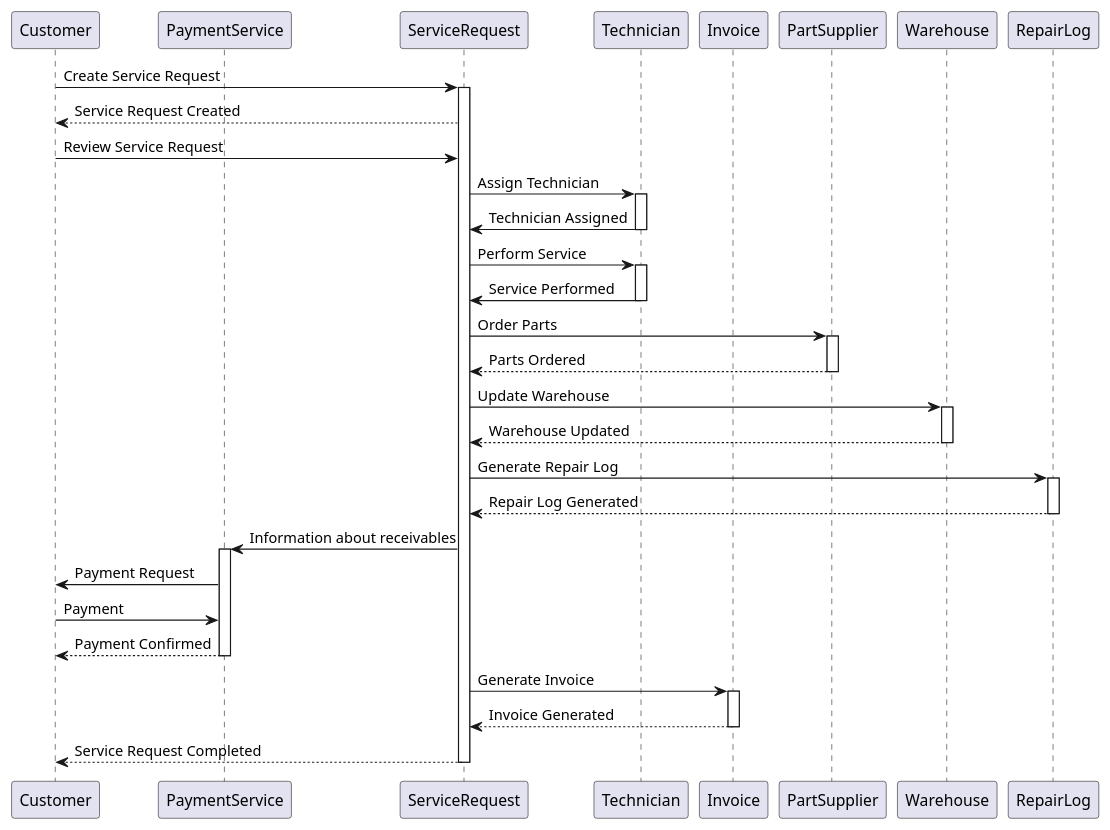
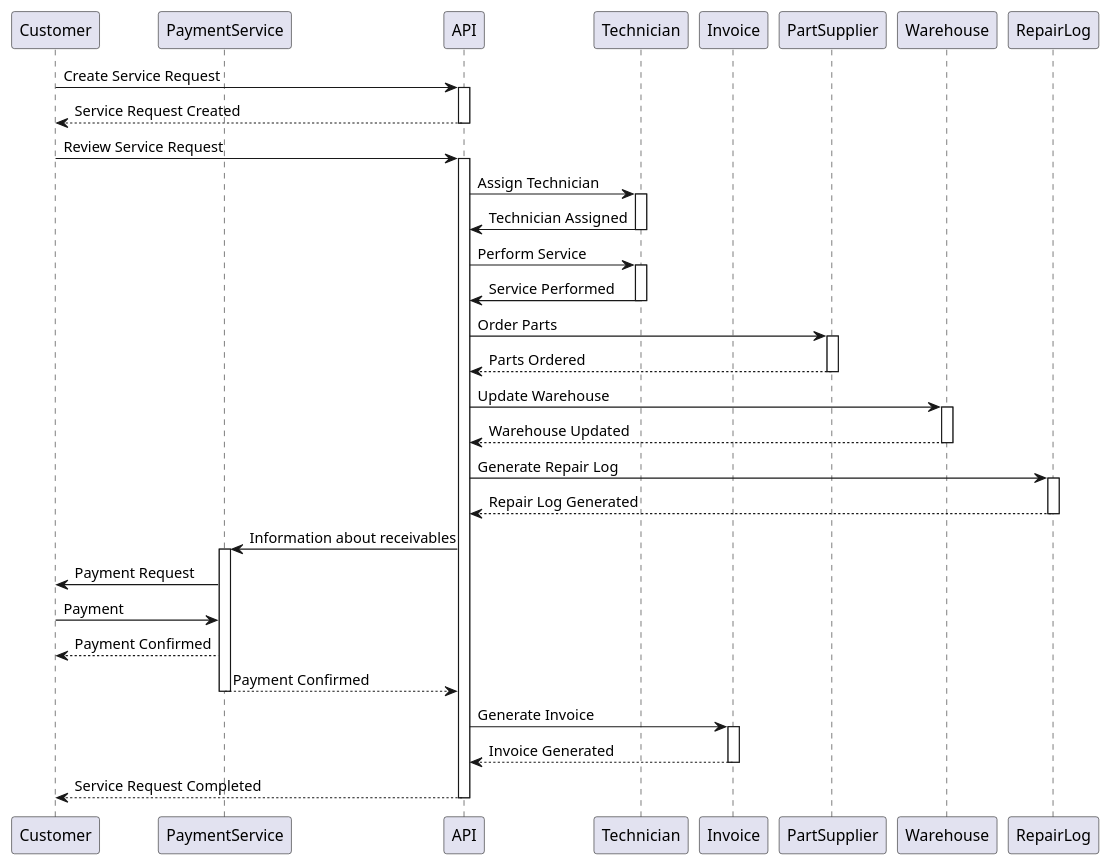
One commit to Fluorky/Computer-Service-Django-Api changed the diagram in umlDiagrams/computer_service_sequence_diagram.plantuml. Above: the diagram before and after it, drawn with PlantUML. The commit also changed 8 other files, not shown here.

Commit message:
Correction of umldiagrams

```diff
--- a/umlDiagrams/computer_service_sequence_diagram.plantuml
+++ b/umlDiagrams/computer_service_sequence_diagram.plantuml
@@ -1,66 +1,68 @@
 @startuml
 
 participant "Customer" as Customer
 participant "PaymentService" as PaymentService
-participant "ServiceRequest" as ServiceRequest
+participant "API" as ServiceRequest
 participant "Technician" as Technician
 participant "Invoice" as Invoice
 participant "PartSupplier" as PartSupplier
 participant "Warehouse" as Warehouse
 participant "RepairLog" as RepairLog
 
 Customer -> ServiceRequest: Create Service Request
 activate ServiceRequest
 
 ServiceRequest --> Customer: Service Request Created
-
+deactivate ServiceRequest
 Customer -> ServiceRequest: Review Service Request
 
+activate ServiceRequest
 ServiceRequest -> Technician: Assign Technician
 activate Technician
 
 Technician -> ServiceRequest: Technician Assigned
 deactivate Technician
 
 ServiceRequest -> Technician: Perform Service
 activate Technician
 
 Technician -> ServiceRequest: Service Performed
 deactivate Technician
 
 ServiceRequest -> PartSupplier: Order Parts
 activate PartSupplier
 
 PartSupplier --> ServiceRequest: Parts Ordered
 deactivate PartSupplier
 
 ServiceRequest -> Warehouse: Update Warehouse
 activate Warehouse
 
 Warehouse --> ServiceRequest: Warehouse Updated
 deactivate Warehouse
 
 ServiceRequest -> RepairLog: Generate Repair Log
 activate RepairLog
 
 RepairLog --> ServiceRequest: Repair Log Generated
 deactivate RepairLog
 
 ServiceRequest -> PaymentService: Information about receivables
 activate PaymentService
 
 PaymentService -> Customer: Payment Request
 Customer -> PaymentService: Payment
 PaymentService --> Customer: Payment Confirmed
+PaymentService --> ServiceRequest: Payment Confirmed
 deactivate PaymentService
 
 ServiceRequest -> Invoice: Generate Invoice
 activate Invoice
 
 Invoice --> ServiceRequest: Invoice Generated
 deactivate Invoice
 
 ServiceRequest --> Customer: Service Request Completed
 deactivate ServiceRequest
 
 @enduml
```
